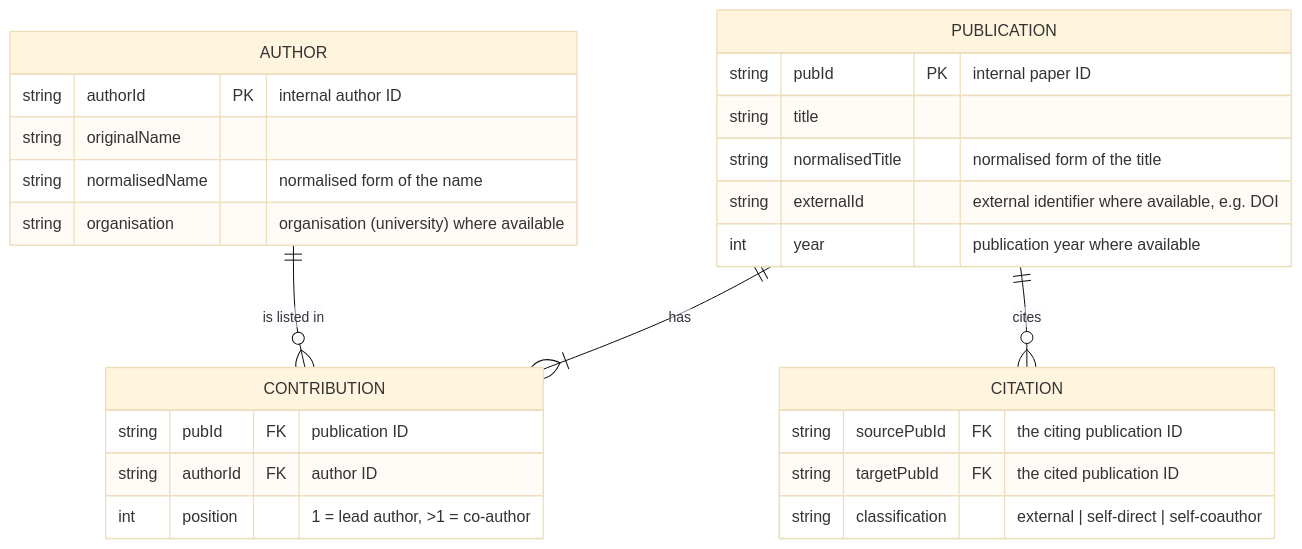
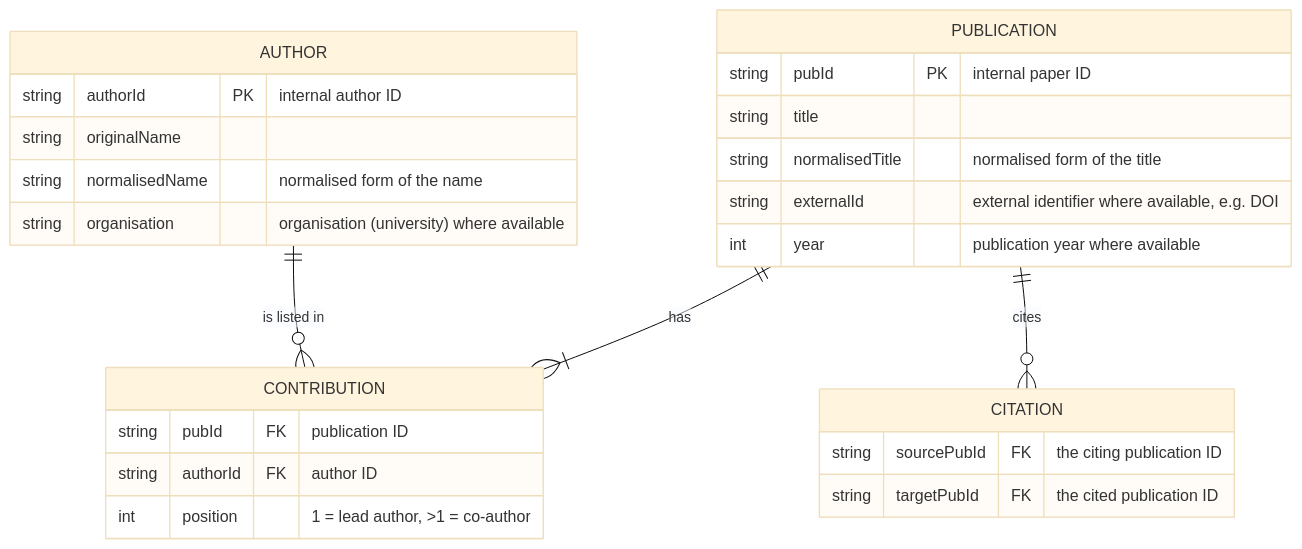
The fourth of 8 diagrams in docs/system-design.md (esaounkine/uop-thesis), drawn with Mermaid (base theme) before and after one commit. The commit also changed 8 other files, not shown here.

````diff
--- a/docs/system-design.md
+++ b/docs/system-design.md
@@ -198,37 +198,36 @@
 ```mermaid
 erDiagram
 
   PUBLICATION ||--|{ CONTRIBUTION : "has"
   
   AUTHOR ||--o{ CONTRIBUTION : "is listed in"
 
   PUBLICATION ||--o{ CITATION : "cites"
 
 
   PUBLICATION {
     string pubId PK "internal paper ID"
     string title
     string normalisedTitle "normalised form of the title"
     string externalId "external identifier where available, e.g. DOI"
     int year "publication year where available"
   }
 
   AUTHOR {
     string authorId PK "internal author ID"
     string originalName
     string normalisedName "normalised form of the name"
     string organisation "organisation (university) where available"
   }
 
   CONTRIBUTION {
     string pubId FK "publication ID"
     string authorId FK "author ID"
     int position "1 = lead author, >1 = co-author"
   }
 
   CITATION {
     string sourcePubId FK "the citing publication ID"
     string targetPubId FK "the cited publication ID"
-    string classification "external | self-direct | self-coauthor"
   }
 ```
````
